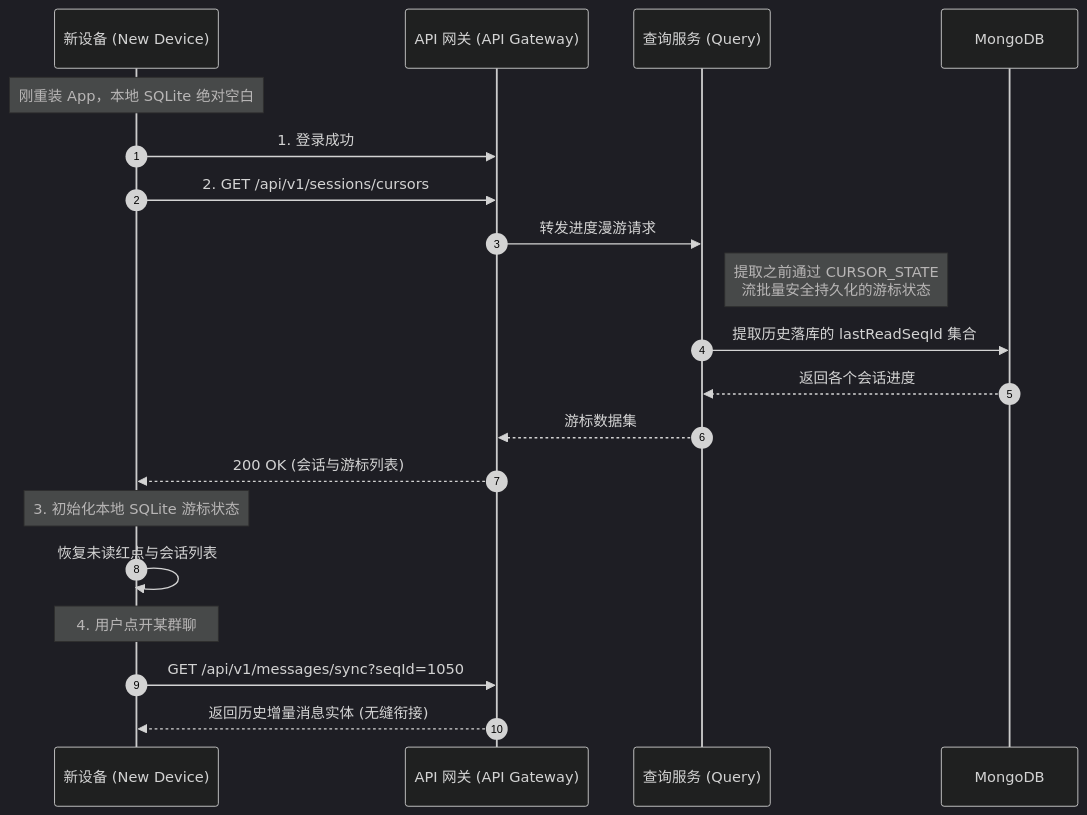
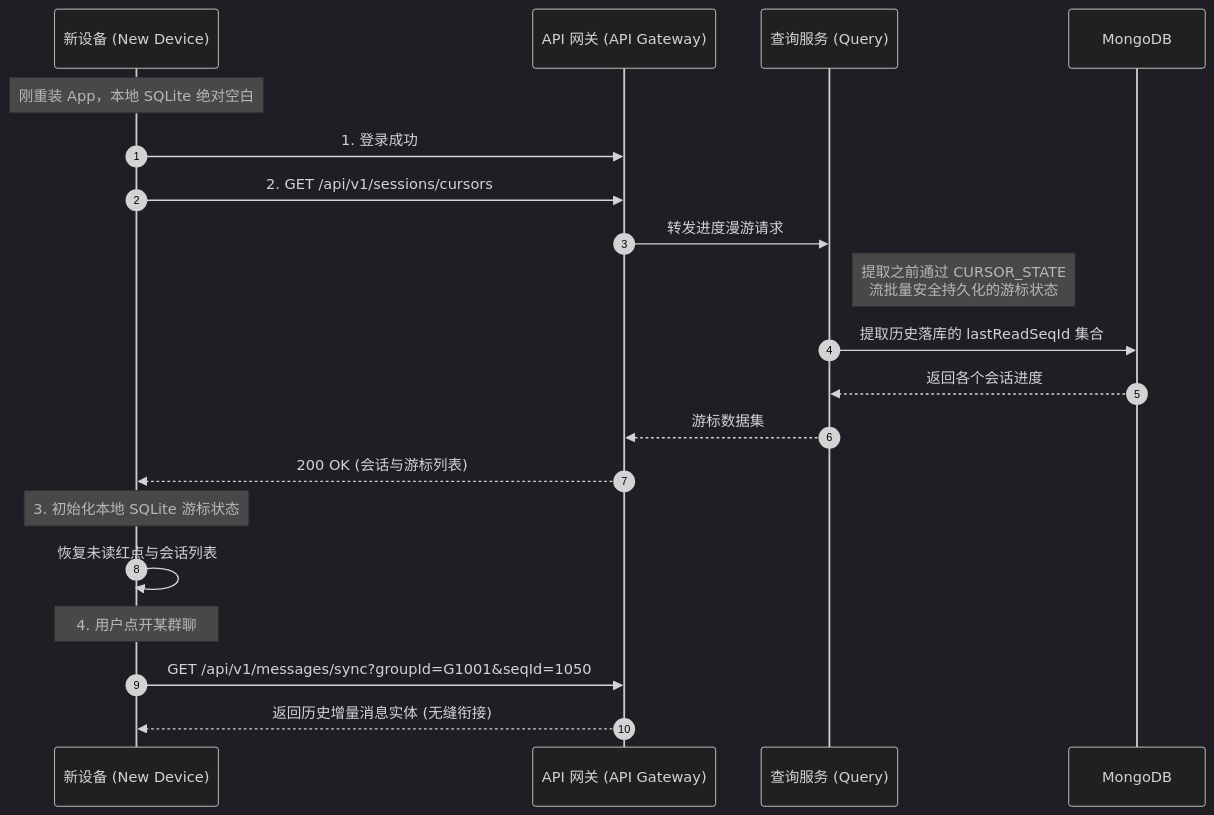
The diagram in i18n/zh-CN/docusaurus-plugin-content-docs/current/devdocs/Bussiness Logic/cross-device-roaming-recovery.md (JamesWilson19970101/ocean.chat.docs), drawn with Mermaid (dark theme) before and after one commit. The commit also changed 9 other files, not shown here.

First line of the commit message:
docs: unify SyncSeqId as per-conversation sequence and scope sync API accordingly

````diff
--- a/i18n/zh-CN/docusaurus-plugin-content-docs/current/devdocs/Bussiness Logic/cross-device-roaming-recovery.md
+++ b/i18n/zh-CN/docusaurus-plugin-content-docs/current/devdocs/Bussiness Logic/cross-device-roaming-recovery.md
@@ -95,26 +95,26 @@
 ```mermaid
 sequenceDiagram
     autonumber
     participant C as 新设备 (New Device)
     participant GW as API 网关 (API Gateway)
     participant Q as 查询服务 (Query)
     participant DB as MongoDB
 
     note over C: 刚重装 App，本地 SQLite 绝对空白
     C->>GW: 1. 登录成功
     C->>GW: 2. GET /api/v1/sessions/cursors
     GW->>Q: 转发进度漫游请求
 
     note right of Q: 提取之前通过 CURSOR_STATE <br/>流批量安全持久化的游标状态
     Q->>DB: 提取历史落库的 lastReadSeqId 集合
     DB-->>Q: 返回各个会话进度
     Q-->>GW: 游标数据集
     GW-->>C: 200 OK (会话与游标列表)
 
     note over C: 3. 初始化本地 SQLite 游标状态
     C->>C: 恢复未读红点与会话列表
 
     note over C: 4. 用户点开某群聊
-    C->>GW: GET /api/v1/messages/sync?seqId=1050
+    C->>GW: GET /api/v1/messages/sync?groupId=G1001&seqId=1050
     GW-->>C: 返回历史增量消息实体 (无缝衔接)
 ```
````
